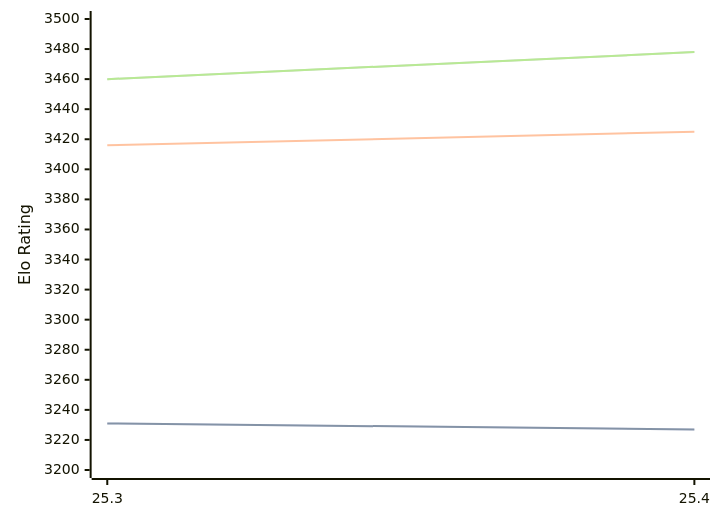
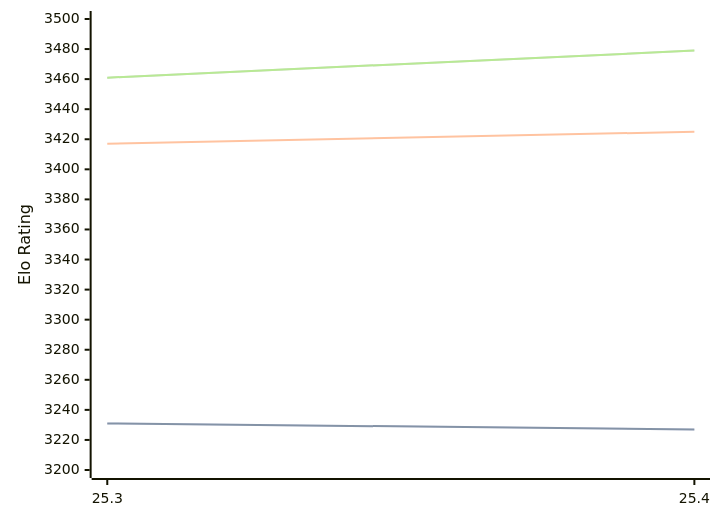
One commit to computer-chess-index/cci changed the first of 3 diagrams in engines/Arasan.md. Above: the diagram before and after it, drawn with Mermaid. The commit also changed other lines of this file, not shown here.

Commit message:
Update CCI Ratings (ELO VLTC) - 2026-07-02

````diff
--- a/engines/Arasan.md
+++ b/engines/Arasan.md
@@ -33,11 +33,11 @@
 ```mermaid
 %%{init: {"theme":"base","themeVariables":{"seriesColors:['#a3a3a3','#222221','#faa371']}}}%%
 xychart-beta
   x-axis ["25.3", "25.4"]
   y-axis "Elo Rating" 3200 --> 3500
   line "STC (8.0+0.08s)" [3231, 3227]
   line "STC (8.0+0.08s)" [3231, 3227]
-  line "LTC (60.0+0.60s)" [3416, 3425]
-  line "VLTC (2m24s+1.12s)" [3460, 3478]
-  line "VLTC (2m24s+1.12s)" [3460, 3478]
+  line "LTC (60.0+0.60s)" [3417, 3425]
+  line "VLTC (2m24s+1.12s)" [3461, 3479]
+  line "VLTC (2m24s+1.12s)" [3461, 3479]
 ```
````
